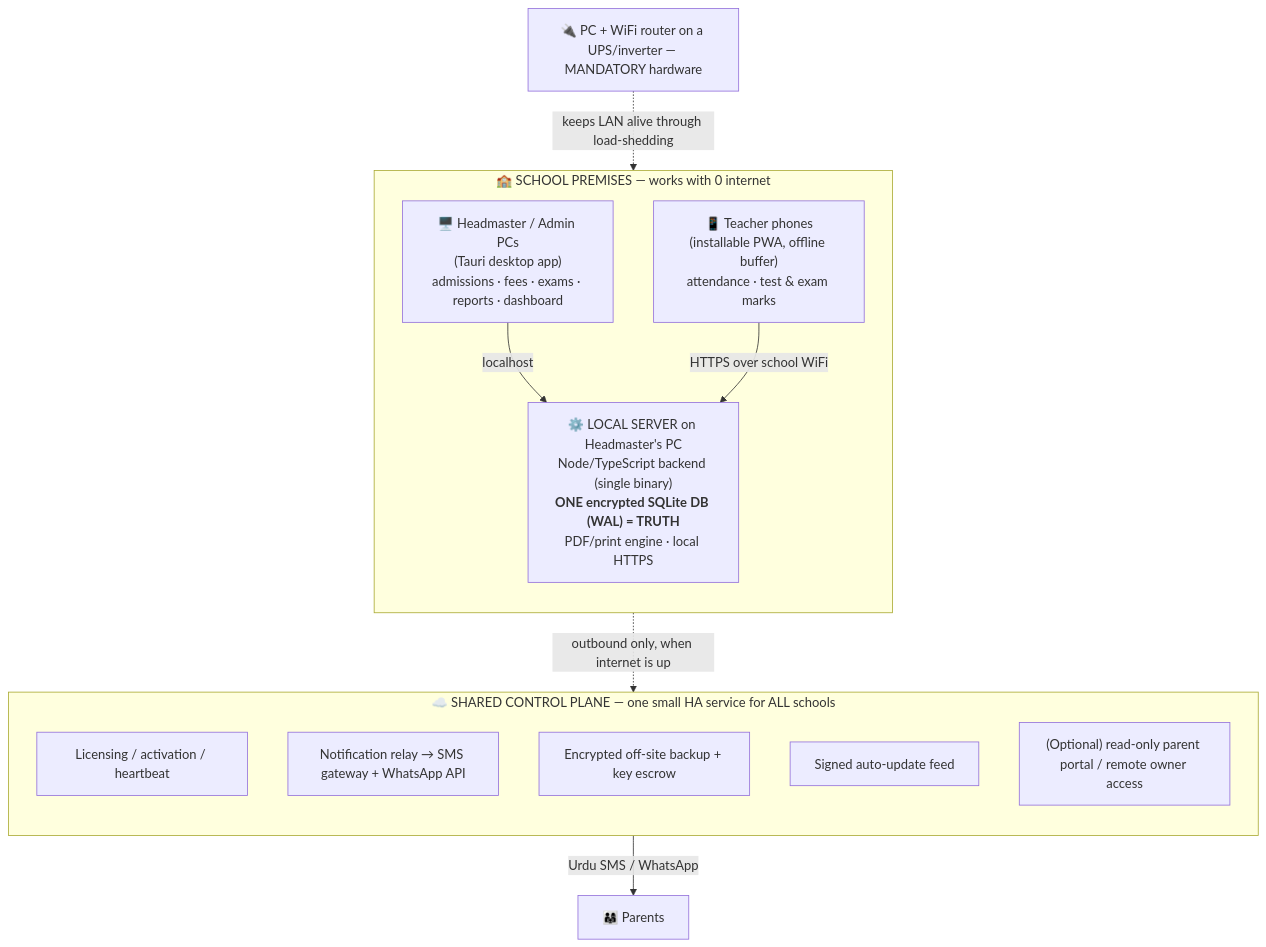
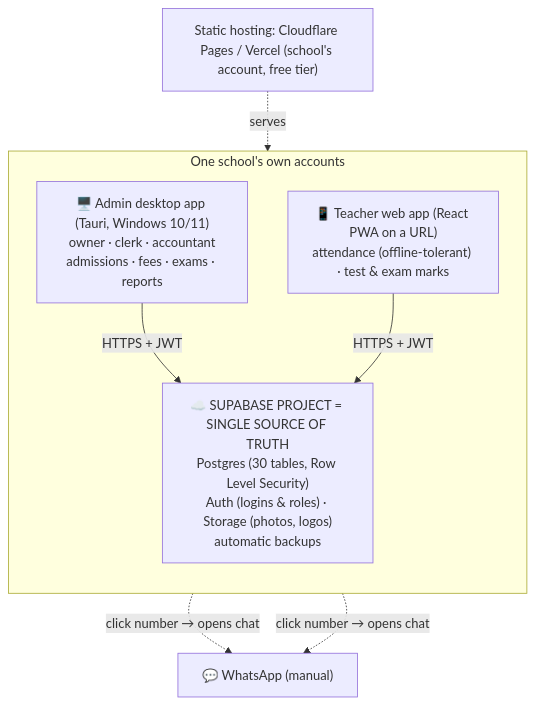
One commit to muAbdullah78/School-Management-System changed the diagram in docs/01-ARCHITECTURE.md. Above: the diagram before and after it, drawn with Mermaid. The commit also changed other lines of this file and 36 other files, not shown here.

````diff
--- a/docs/01-ARCHITECTURE.md
+++ b/docs/01-ARCHITECTURE.md
@@ -31,27 +15,17 @@
 ```mermaid
 flowchart TB
-    subgraph SCHOOL["🏫 SCHOOL PREMISES — works with 0 internet"]
-        direction TB
-        HM["🖥️ Headmaster / Admin PCs<br/>(Tauri desktop app)<br/>admissions · fees · exams · reports · dashboard"]
-        TP["📱 Teacher phones<br/>(installable PWA, offline buffer)<br/>attendance · test &amp; exam marks"]
-        SRV["⚙️ LOCAL SERVER on Headmaster's PC<br/>Node/TypeScript backend (single binary)<br/><b>ONE encrypted SQLite DB (WAL) = TRUTH</b><br/>PDF/print engine · local HTTPS"]
-        HM -->|localhost| SRV
-        TP -->|HTTPS over school WiFi| SRV
+    subgraph SCHOOL["One school's own accounts"]
+      direction TB
+      DESK["🖥️ Admin desktop app (Tauri, Windows 10/11)<br/>owner · clerk · accountant<br/>admissions · fees · exams · reports"]
+      WEB["📱 Teacher web app (React PWA on a URL)<br/>attendance (offline-tolerant) · test &amp; exam marks"]
+      SB["☁️ SUPABASE PROJECT = SINGLE SOURCE OF TRUTH<br/>Postgres (30 tables, Row Level Security)<br/>Auth (logins &amp; roles) · Storage (photos, logos)<br/>automatic backups"]
+      DESK -->|HTTPS + JWT| SB
+      WEB  -->|HTTPS + JWT| SB
     end
 
-    SCHOOL -.->|outbound only, when internet is up| CLOUD
-
-    subgraph CLOUD["☁️ SHARED CONTROL PLANE — one small HA service for ALL schools"]
-        direction TB
-        LIC["Licensing / activation / heartbeat"]
-        RELAY["Notification relay → SMS gateway + WhatsApp API"]
-        BK["Encrypted off-site backup + key escrow"]
-        UPD["Signed auto-update feed"]
-        PORTAL["(Optional) read-only parent portal / remote owner access"]
-    end
-
-    RELAY -->|Urdu SMS / WhatsApp| PARENTS["👨‍👩‍👧 Parents"]
-
-    HW["🔌 PC + WiFi router on a UPS/inverter — MANDATORY hardware"]
-    HW -.keeps LAN alive through load-shedding.-> SCHOOL
+    WA["💬 WhatsApp (manual)"]
+    WEB -. click number → opens chat .-> WA
+    DESK -. click number → opens chat .-> WA
+    HOST["Static hosting: Cloudflare Pages / Vercel (school's account, free tier)"]
+    HOST -. serves .-> WEB
 ```
````
